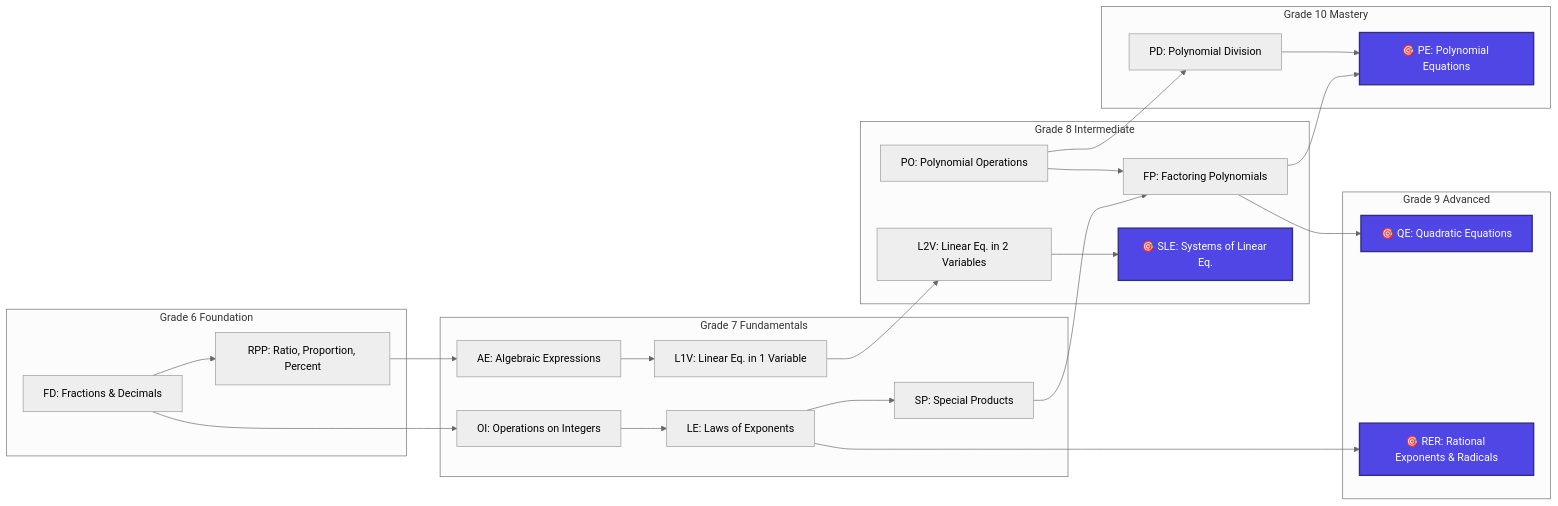
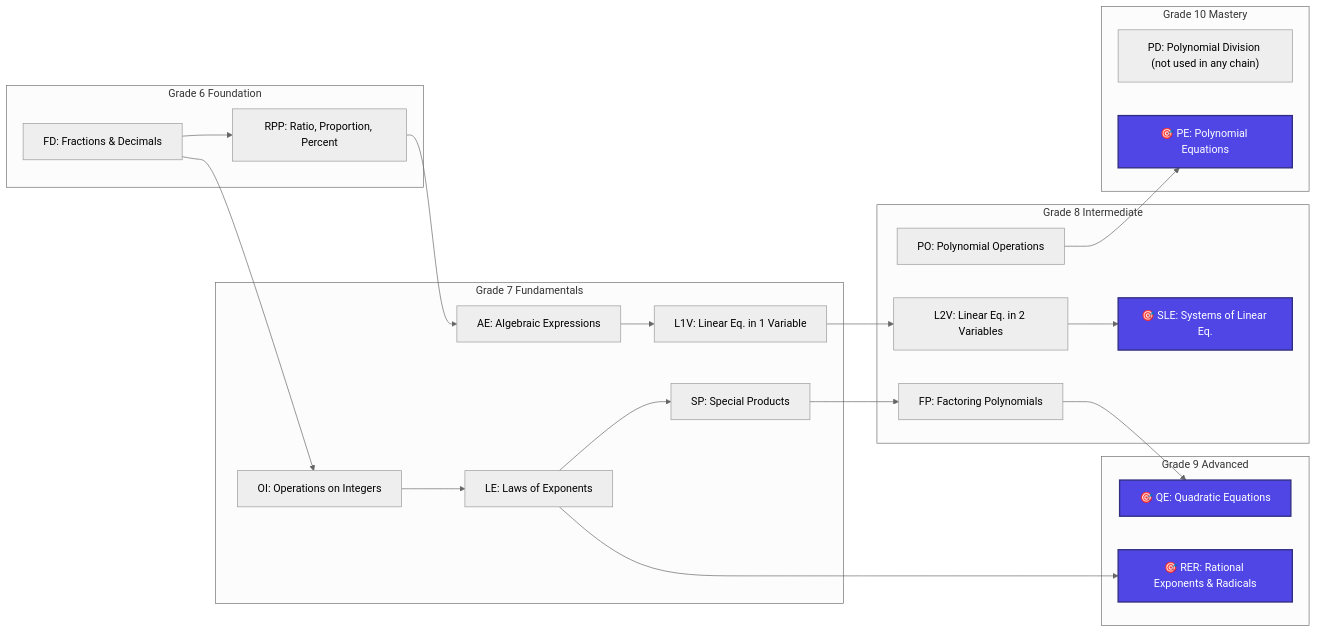
Before and after one commit to Tech-Wrightttt/SURI: the third of 3 diagrams in README.md, drawn with Mermaid (neutral theme). The commit also changed other lines of this file and 3 other files, not shown here.

Commit message:
CU-14ypx622qjh docs: align README, workflow, env example, and schema with the current system

````diff
--- a/README.md
+++ b/README.md
@@ -425,54 +425,51 @@
 ```mermaid
 graph LR
     subgraph Grade6["Grade 6 Foundation"]
         FD["FD: Fractions & Decimals"]
         RPP["RPP: Ratio, Proportion, Percent"]
     end
 
     subgraph Grade7["Grade 7 Fundamentals"]
         OI["OI: Operations on Integers"]
         LE["LE: Laws of Exponents"]
         SP["SP: Special Products"]
         AE["AE: Algebraic Expressions"]
         L1V["L1V: Linear Eq. in 1 Variable"]
     end
 
     subgraph Grade8["Grade 8 Intermediate"]
         FP["FP: Factoring Polynomials"]
         L2V["L2V: Linear Eq. in 2 Variables"]
         PO["PO: Polynomial Operations"]
         SLE["🎯 SLE: Systems of Linear Eq."]
     end
 
     subgraph Grade9["Grade 9 Advanced"]
         QE["🎯 QE: Quadratic Equations"]
         RER["🎯 RER: Rational Exponents & Radicals"]
     end
 
     subgraph Grade10["Grade 10 Mastery"]
-        PD["PD: Polynomial Division"]
+        PD["PD: Polynomial Division (not used in any chain)"]
         PE["🎯 PE: Polynomial Equations"]
     end
 
     FD --> OI
     OI --> LE
     LE --> SP
     SP --> FP
     FP --> QE
 
     FD --> RPP
     RPP --> AE
     AE --> L1V
     L1V --> L2V
     L2V --> SLE
 
     LE --> RER
 
-    PO --> FP
-    PO --> PD
-    FP --> PE
-    PD --> PE
+    PO --> PE
 
     classDef entry fill:#4F46E5,stroke:#312E81,stroke-width:2px,color:#fff;
     class QE,SLE,RER,PE entry;
 ```
````
